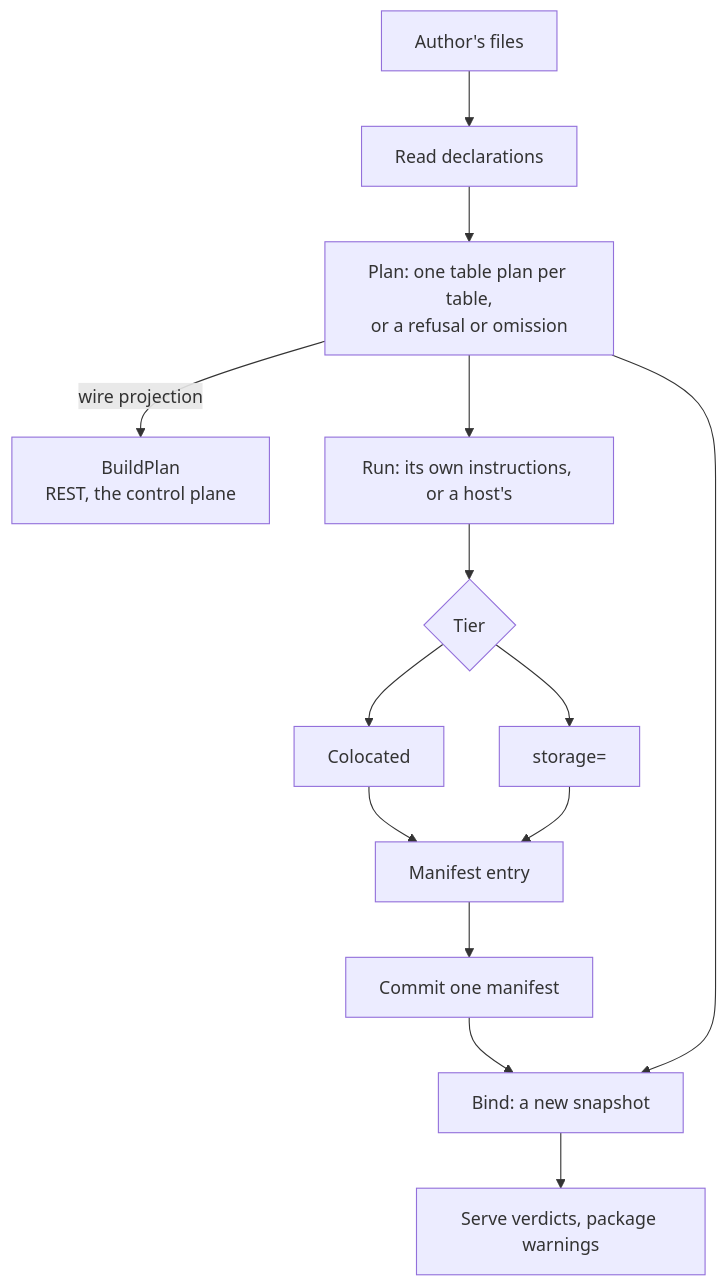
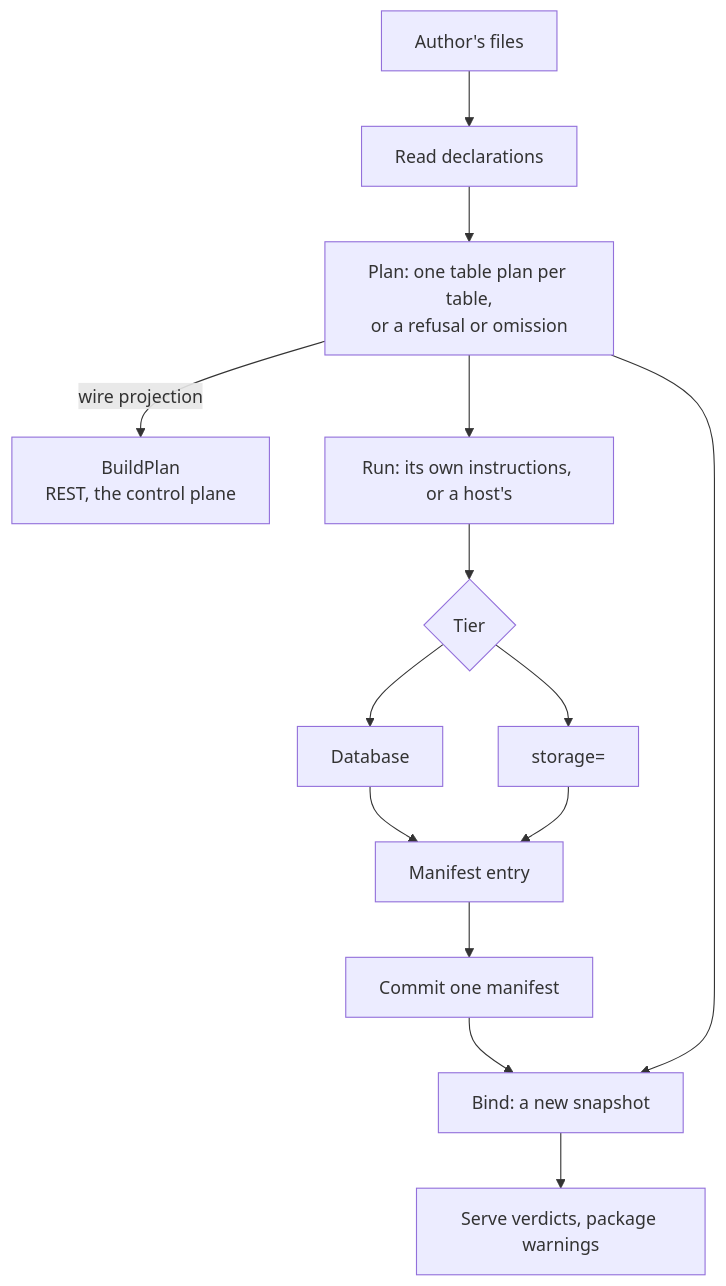
One commit to malloydata/publisher changed the second of 2 diagrams in docs/architecture.md. Above: the diagram before and after it, drawn with Mermaid. The commit also changed other lines of this file and 377 other files, not shown here.

First line of the commit message:
refactor: one word for a table in its source's own connection: database, never colocated

````diff
--- a/docs/architecture.md
+++ b/docs/architecture.md
@@ -147,16 +147,16 @@
 ```mermaid
 flowchart TB
   A["Author's files"] --> DECL["Read declarations"]
   DECL --> PLAN["Plan: one table plan per table,<br/>or a refusal or omission"]
   PLAN -->|"wire projection"| WIRE["BuildPlan<br/>REST, the control plane"]
   PLAN --> RUN["Run: its own instructions, or a host's"]
   RUN --> TIER{"Tier"}
-  TIER --> COL["Colocated"]
+  TIER --> COL["Database"]
   TIER --> STO["storage="]
   COL --> ENTRY["Manifest entry"]
   STO --> ENTRY
   ENTRY --> COMMIT["Commit one manifest"]
   COMMIT --> BIND["Bind: a new snapshot"]
   PLAN --> BIND
   BIND --> VERDICT["Serve verdicts, package warnings"]
 ```
````
